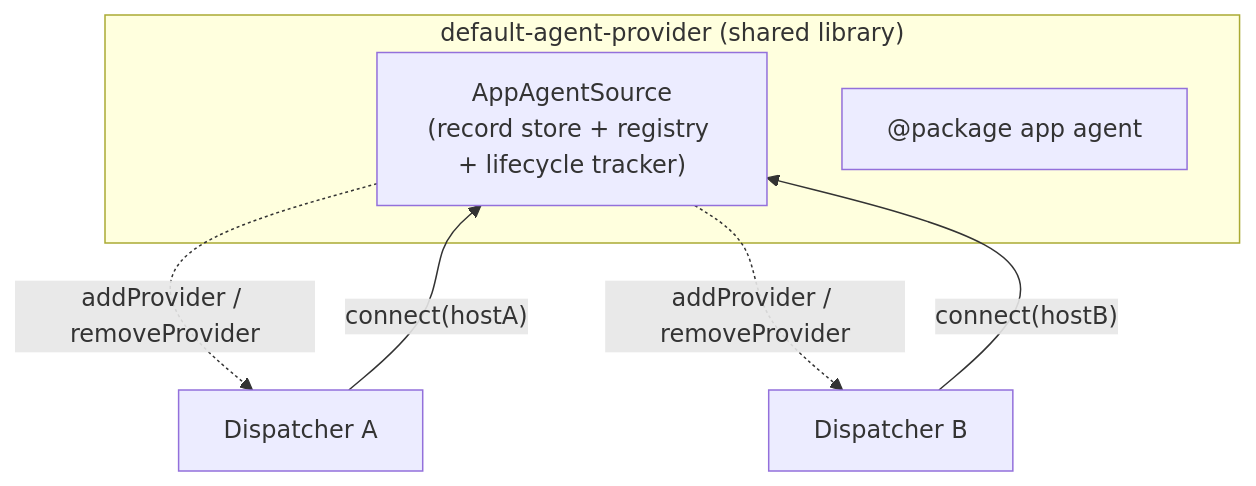
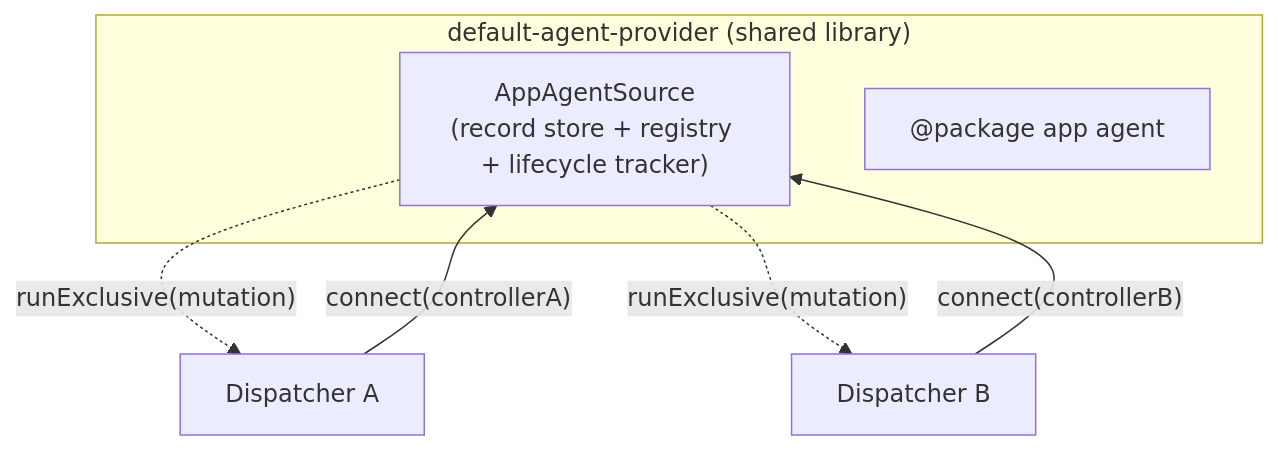
Before and after one commit to microsoft/TypeAgent: the diagram in ts/docs/architecture/lifecycle/agent-lifecycle.md, drawn with Mermaid. The commit also changed other lines of this file and 17 other files, not shown here.

````diff
--- a/ts/docs/architecture/lifecycle/agent-lifecycle.md
+++ b/ts/docs/architecture/lifecycle/agent-lifecycle.md
@@ -23,10 +23,10 @@
 ```mermaid
 flowchart TB
     subgraph host["default-agent-provider (shared library)"]
         src["AppAgentSource<br/>(record store + registry + lifecycle tracker)"]
         pkg["@package app agent"]
     end
-    d1["Dispatcher A"] -- connect(hostA) --> src
-    d2["Dispatcher B"] -- connect(hostB) --> src
-    src -. addProvider / removeProvider .-> d1 & d2
+    d1["Dispatcher A"] -- connect(controllerA) --> src
+    d2["Dispatcher B"] -- connect(controllerB) --> src
+    src -. runExclusive(mutation) .-> d1 & d2
 ```
````
